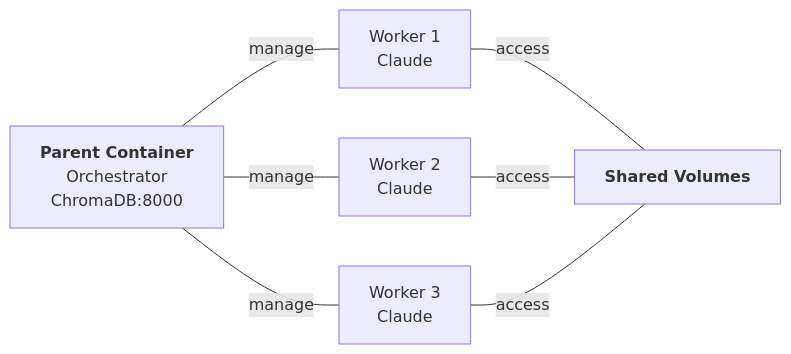
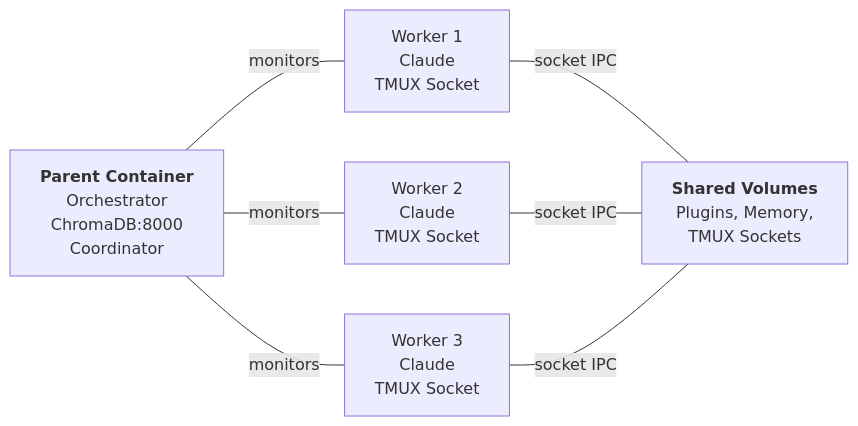
Before and after one commit to Hellblazer/hal-9000: the diagram in README.md, drawn with Mermaid. The commit also changed other lines of this file and 2 other files, not shown here.

First line of the commit message:
docs: Update all documentation for TMUX socket-based orchestration

````diff
--- a/README.md
+++ b/README.md
@@ -134,18 +158,18 @@
 ```mermaid
 graph LR
-    Parent["<b>Parent Container</b><br/>Orchestrator<br/>ChromaDB:8000"]
+    Parent["<b>Parent Container</b><br/>Orchestrator<br/>ChromaDB:8000<br/>Coordinator"]
 
-    W1["Worker 1<br/>Claude"]
-    W2["Worker 2<br/>Claude"]
-    W3["Worker 3<br/>Claude"]
+    W1["Worker 1<br/>Claude<br/>TMUX Socket"]
+    W2["Worker 2<br/>Claude<br/>TMUX Socket"]
+    W3["Worker 3<br/>Claude<br/>TMUX Socket"]
 
-    Vols["<b>Shared Volumes</b>"]
+    Vols["<b>Shared Volumes</b><br/>Plugins, Memory,<br/>TMUX Sockets"]
 
-    Parent ---|manage| W1
-    Parent ---|manage| W2
-    Parent ---|manage| W3
+    Parent ---|monitors| W1
+    Parent ---|monitors| W2
+    Parent ---|monitors| W3
 
-    W1 ---|access| Vols
-    W2 ---|access| Vols
-    W3 ---|access| Vols
+    W1 ---|socket IPC| Vols
+    W2 ---|socket IPC| Vols
+    W3 ---|socket IPC| Vols
 ```
````
